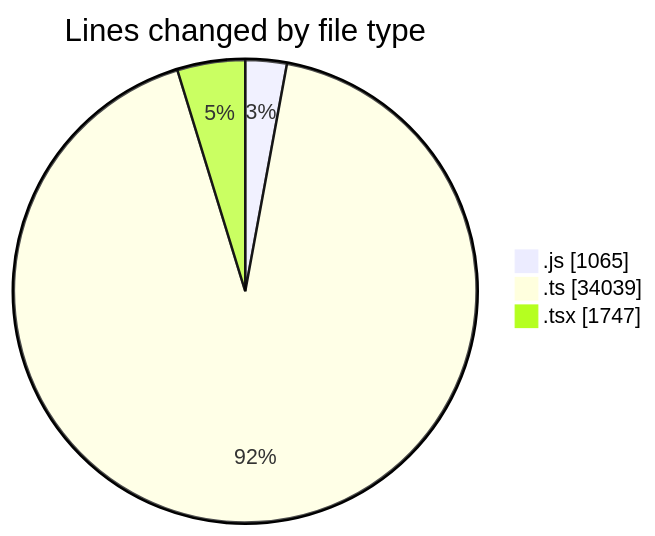
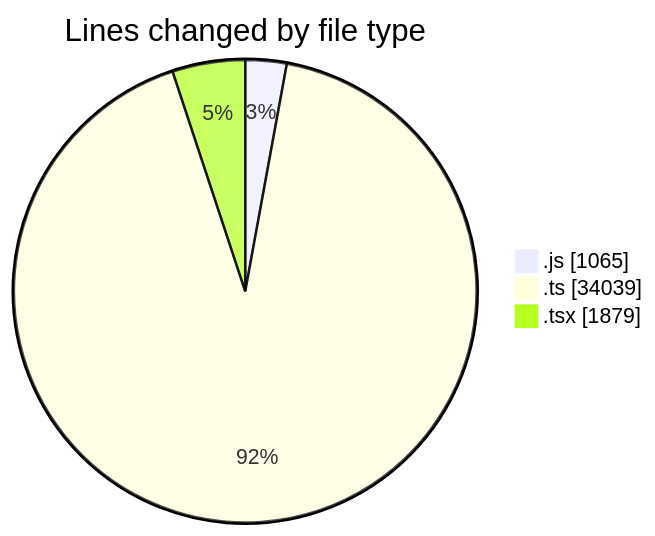
One commit to momahboobian/code-tracking changed the first of 2 diagrams in 2026-10-06/cda/README.md. Above: the diagram before and after it, drawn with Mermaid. The commit also changed other lines of this file and 1 other file, not shown here.

````diff
--- a/2026-10-06/cda/README.md
+++ b/2026-10-06/cda/README.md
@@ -44,7 +45,7 @@
 ```mermaid
 pie showData
 title Lines changed by file type
 ".js" : 1065
 ".ts" : 34039
-".tsx" : 1747
+".tsx" : 1879
 ```
````
